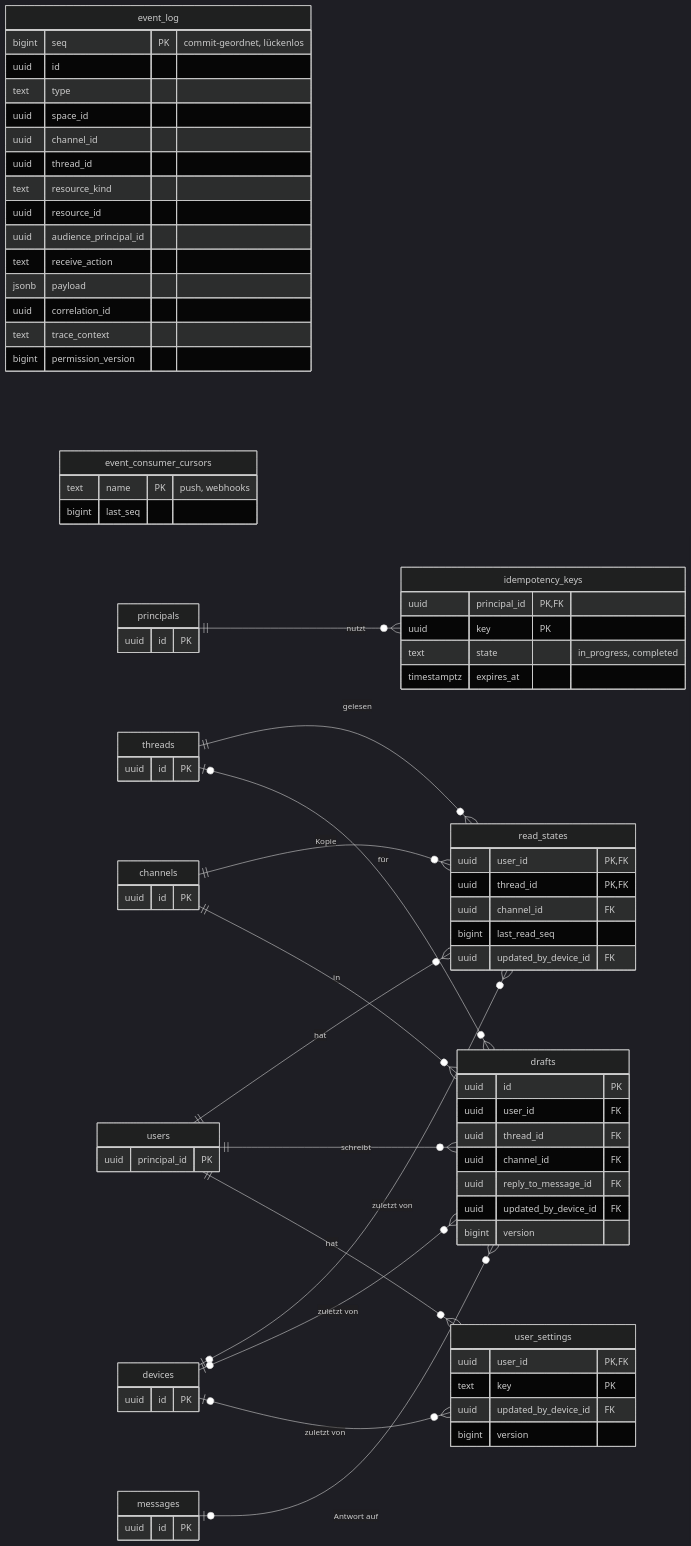
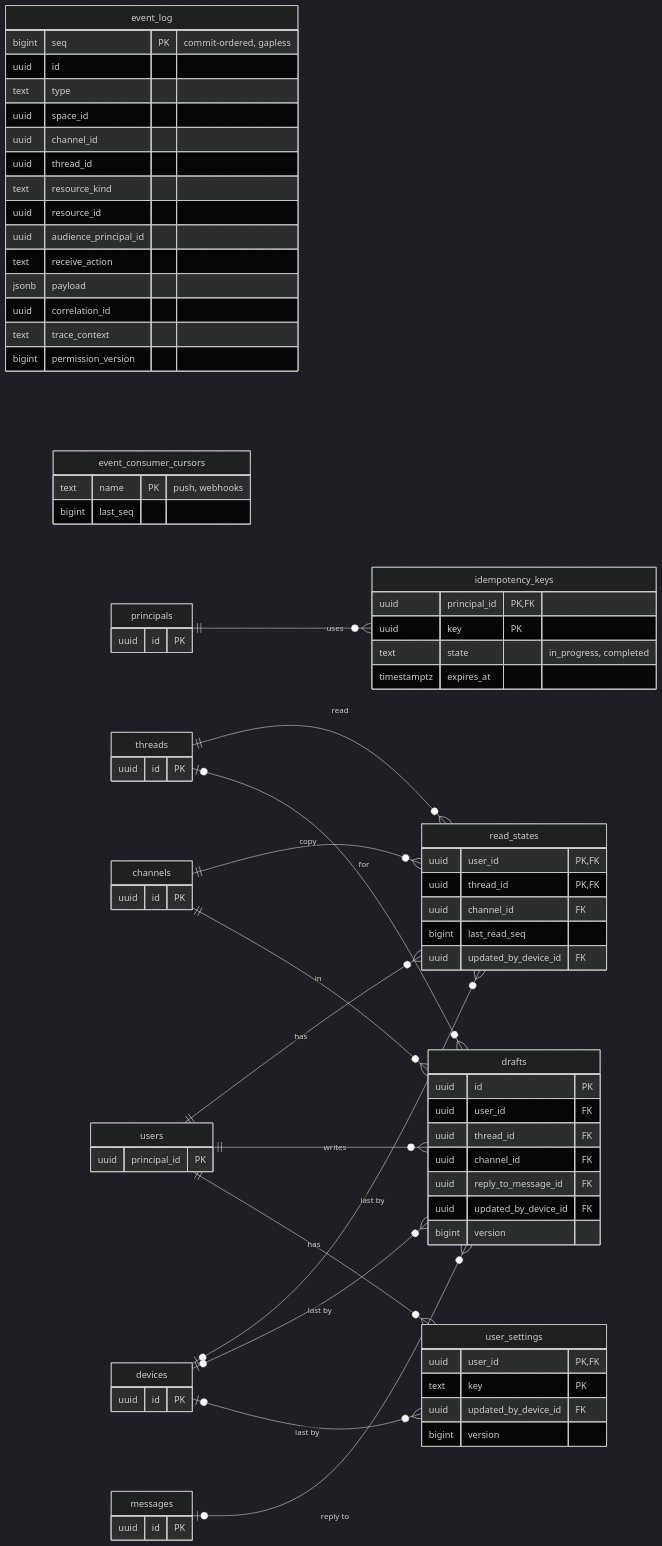
One commit to mguttmann/bothy changed the diagram in docs/architecture/erd-6-sync.mmd. Above: the diagram before and after it, drawn with Mermaid (dark theme). The commit also changed 95 other files, not shown here.

First line of the commit message:
docs(architecture): translate the diagrams to English

```diff
--- a/docs/architecture/erd-6-sync.mmd
+++ b/docs/architecture/erd-6-sync.mmd
@@ -1,86 +1,86 @@
-%% ERD Teil 6: Modul sync. Quelle: 03-datenmodell.md, 4.10. event_log und
-%% event_consumer_cursors haben bewusst keine Fremdschlüssel.
-%% Reine Protokoll-Spalten (created_by, updated_by und ähnliche) zeigen auf principals(id) und
-%% sind nicht als Beziehung gezeichnet.
-%% Tabellen anderer Module nur mit Schlüssel. Benachrichtigung (notify) steht in Teil 10.
+%% ERD part 6: module sync. Source: 03-data-model.md, 4.10. event_log and
+%% event_consumer_cursors deliberately have no foreign keys.
+%% Pure log columns (created_by, updated_by and similar) point to principals(id) and
+%% are not drawn as a relationship.
+%% Tables of other modules only with their key. Notification (notify) is in part 10.
 erDiagram
   direction LR
   event_log {
-    bigint seq PK "commit-geordnet, lückenlos"
+    bigint seq PK "commit-ordered, gapless"
     uuid id
     text type
     uuid space_id
     uuid channel_id
     uuid thread_id
     text resource_kind
     uuid resource_id
     uuid audience_principal_id
     text receive_action
     jsonb payload
     uuid correlation_id
     text trace_context
     bigint permission_version
   }
   event_consumer_cursors {
     text name PK "push, webhooks"
     bigint last_seq
   }
   idempotency_keys {
     uuid principal_id PK, FK
     uuid key PK
     text state "in_progress, completed"
     timestamptz expires_at
   }
   read_states {
     uuid user_id PK, FK
     uuid thread_id PK, FK
     uuid channel_id FK
     bigint last_read_seq
     uuid updated_by_device_id FK
   }
   drafts {
     uuid id PK
     uuid user_id FK
     uuid thread_id FK
     uuid channel_id FK
     uuid reply_to_message_id FK
     uuid updated_by_device_id FK
     bigint version
   }
   user_settings {
     uuid user_id PK, FK
     text key PK
     uuid updated_by_device_id FK
     bigint version
   }
   principals {
     uuid id PK
   }
   users {
     uuid principal_id PK
   }
   devices {
     uuid id PK
   }
   threads {
     uuid id PK
   }
   channels {
     uuid id PK
   }
   messages {
     uuid id PK
   }
 
-  principals ||--o{ idempotency_keys : "nutzt"
-  users ||--o{ read_states : "hat"
-  threads ||--o{ read_states : "gelesen"
-  channels ||--o{ read_states : "Kopie"
-  devices |o--o{ read_states : "zuletzt von"
-  users ||--o{ drafts : "schreibt"
-  threads |o--o{ drafts : "für"
+  principals ||--o{ idempotency_keys : "uses"
+  users ||--o{ read_states : "has"
+  threads ||--o{ read_states : "read"
+  channels ||--o{ read_states : "copy"
+  devices |o--o{ read_states : "last by"
+  users ||--o{ drafts : "writes"
+  threads |o--o{ drafts : "for"
   channels ||--o{ drafts : "in"
-  messages |o--o{ drafts : "Antwort auf"
-  devices |o--o{ drafts : "zuletzt von"
-  users ||--o{ user_settings : "hat"
-  devices |o--o{ user_settings : "zuletzt von"
+  messages |o--o{ drafts : "reply to"
+  devices |o--o{ drafts : "last by"
+  users ||--o{ user_settings : "has"
+  devices |o--o{ user_settings : "last by"
```
